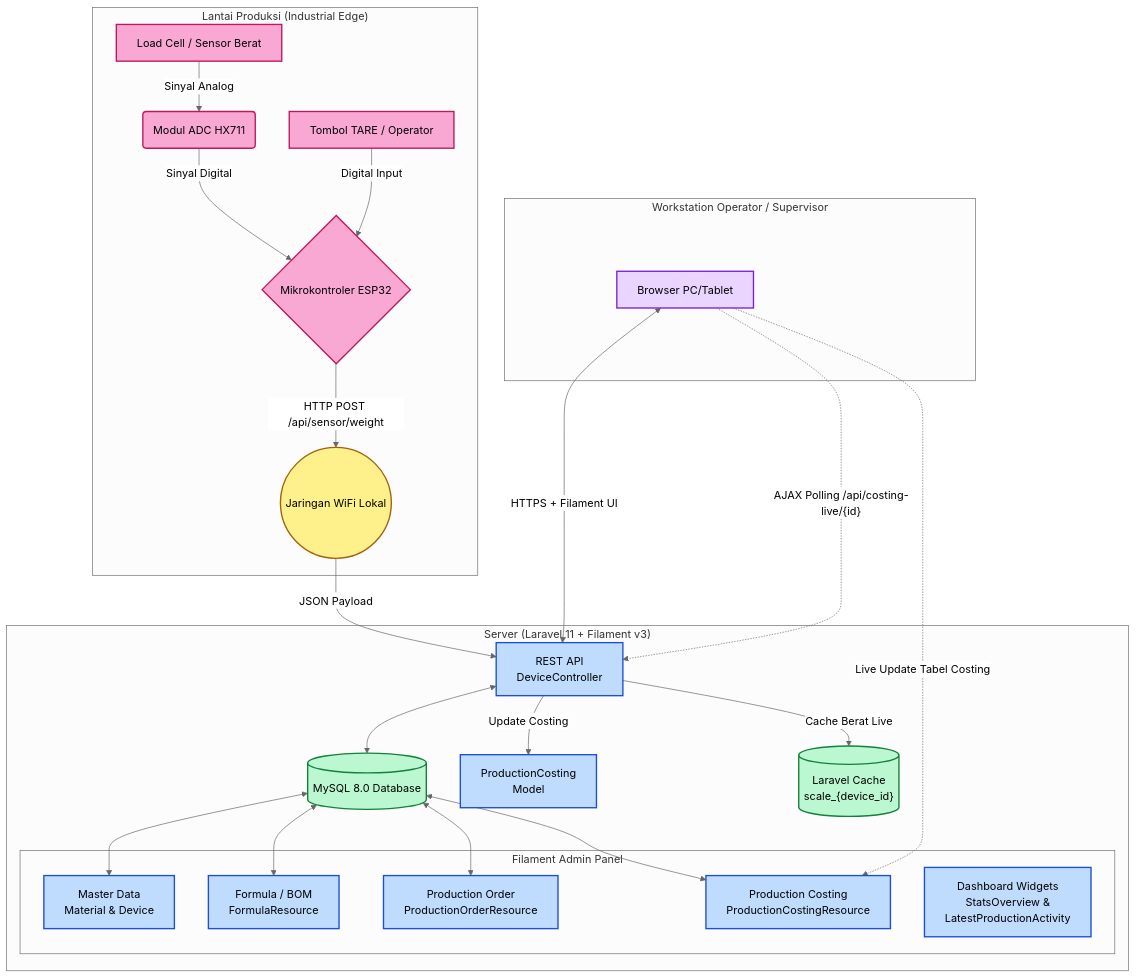
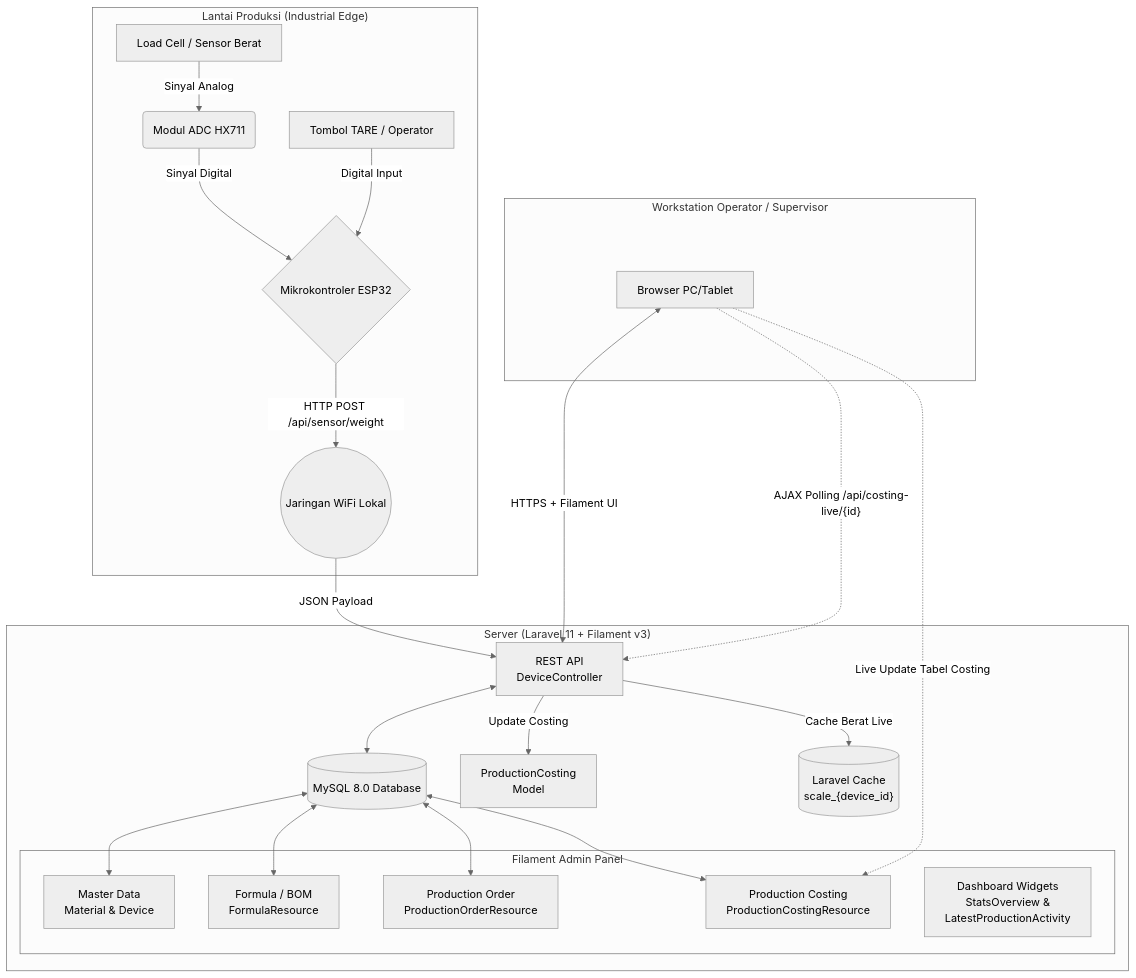
The first of 7 diagrams in diagram_uml.md (algar12/MAGANG_PT_BINA), drawn with Mermaid (neutral theme) before and after one commit.

Commit message:
update diagram

````diff
--- a/diagram_uml.md
+++ b/diagram_uml.md
@@ -10,47 +10,36 @@
 ```mermaid
 graph TD
     subgraph "Lantai Produksi (Industrial Edge)"
         A[Load Cell / Sensor Berat] -->|Sinyal Analog| B(Modul ADC HX711)
         B -->|Sinyal Digital| C{Mikrokontroler ESP32}
         C -->|HTTP POST /api/sensor/weight| E((Jaringan WiFi Lokal))
         D[Tombol TARE / Operator] -->|Digital Input| C
     end
 
     subgraph "Server (Laravel 11 + Filament v3)"
         E -->|JSON Payload| F[REST API\nDeviceController]
         F <--> G[(MySQL 8.0 Database)]
         F -->|Update Costing| H[ProductionCosting\nModel]
         F -->|Cache Berat Live| I[("Laravel Cache\nscale_{device_id}")]
 
         subgraph "Filament Admin Panel"
             J[Master Data\nMaterial & Device]
             K[Formula / BOM\nFormulaResource]
             L[Production Order\nProductionOrderResource]
             M[Production Costing\nProductionCostingResource]
             N[Dashboard Widgets\nStatsOverview &\nLatestProductionActivity]
         end
 
         G <--> J
         G <--> K
         G <--> L
         G <--> M
     end
 
     subgraph "Workstation Operator / Supervisor"
         O[Browser PC/Tablet] <-->|HTTPS + Filament UI| F
         O -..->|"AJAX Polling /api/costing-live/{id}"| F
         O -..->|Live Update Tabel Costing| M
     end
 
-    classDef hardware fill:#f9a8d4,stroke:#be185d,stroke-width:2px;
-    classDef software fill:#bfdbfe,stroke:#1d4ed8,stroke-width:2px;
-    classDef database fill:#bbf7d0,stroke:#15803d,stroke-width:2px;
-    classDef network fill:#fef08a,stroke:#a16207,stroke-width:2px;
-    classDef filament fill:#e9d5ff,stroke:#7e22ce,stroke-width:2px;
-
-    class A,B,C,D hardware;
-    class F,H,J,K,L,M,N software;
-    class G,I database;
-    class E network;
-    class O filament;
 ```
````
